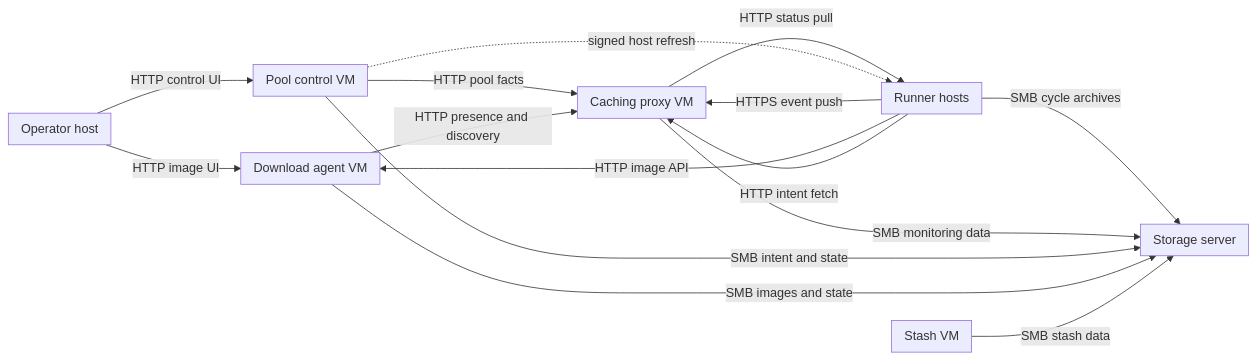
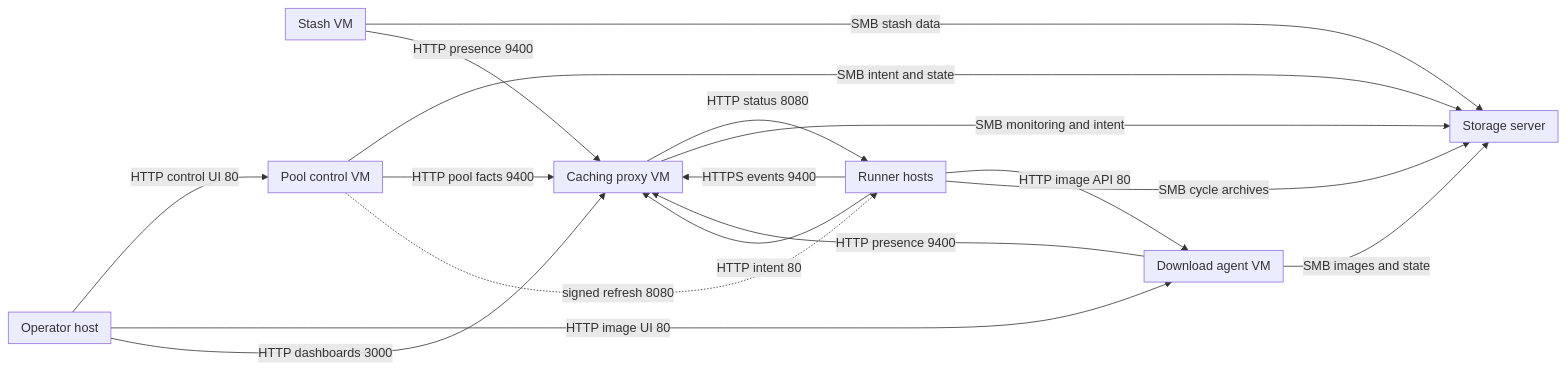
One commit to alissonsol/yuruna changed the second of 5 diagrams in docs/design/06-deployment.md. Above: the diagram before and after it, drawn with Mermaid. The commit also changed other lines of this file and 1343 other files, not shown here.

````diff
--- a/docs/design/06-deployment.md
+++ b/docs/design/06-deployment.md
@@ -63,32 +64,34 @@
 ```mermaid
 flowchart LR
     subgraph operator-host["Operator host"]
     end
-    subgraph hypervisor-host["Runner hosts"]
+    subgraph host["Runner hosts"]
     end
     subgraph caching-proxy-service["Caching proxy VM"]
     end
     subgraph pool-control-service["Pool control VM"]
     end
     subgraph download-agent-service["Download agent VM"]
     end
     subgraph stash-service["Stash VM"]
     end
     subgraph network-storage["Storage server"]
     end
-    operator-host -->|HTTP control UI| pool-control-service
-    operator-host -->|HTTP image UI| download-agent-service
-    hypervisor-host -->|HTTPS event push| caching-proxy-service
-    caching-proxy-service -->|HTTP status pull| hypervisor-host
-    hypervisor-host -->|HTTP image API| download-agent-service
-    hypervisor-host -->|SMB cycle archives| network-storage
-    caching-proxy-service -->|SMB monitoring data| network-storage
+    operator-host -->|HTTP control UI 80| pool-control-service
+    operator-host -->|HTTP image UI 80| download-agent-service
+    operator-host -->|HTTP dashboards 3000| caching-proxy-service
+    host -->|HTTPS events 9400| caching-proxy-service
+    caching-proxy-service -->|HTTP status 8080| host
+    host -->|HTTP image API 80| download-agent-service
+    host -->|SMB cycle archives| network-storage
+    caching-proxy-service -->|SMB monitoring and intent| network-storage
     pool-control-service -->|SMB intent and state| network-storage
     download-agent-service -->|SMB images and state| network-storage
     stash-service -->|SMB stash data| network-storage
-    pool-control-service -->|HTTP pool facts| caching-proxy-service
-    download-agent-service -->|HTTP presence and discovery| caching-proxy-service
-    hypervisor-host -->|HTTP intent fetch| caching-proxy-service
+    pool-control-service -->|HTTP pool facts 9400| caching-proxy-service
+    download-agent-service -->|HTTP presence 9400| caching-proxy-service
+    stash-service -->|HTTP presence 9400| caching-proxy-service
+    host -->|HTTP intent 80| caching-proxy-service
     %% optional: remote refresh requires configured authority and credentials.
-    pool-control-service -.->|signed host refresh| hypervisor-host
+    pool-control-service -.->|signed refresh 8080| host
 ```
````
